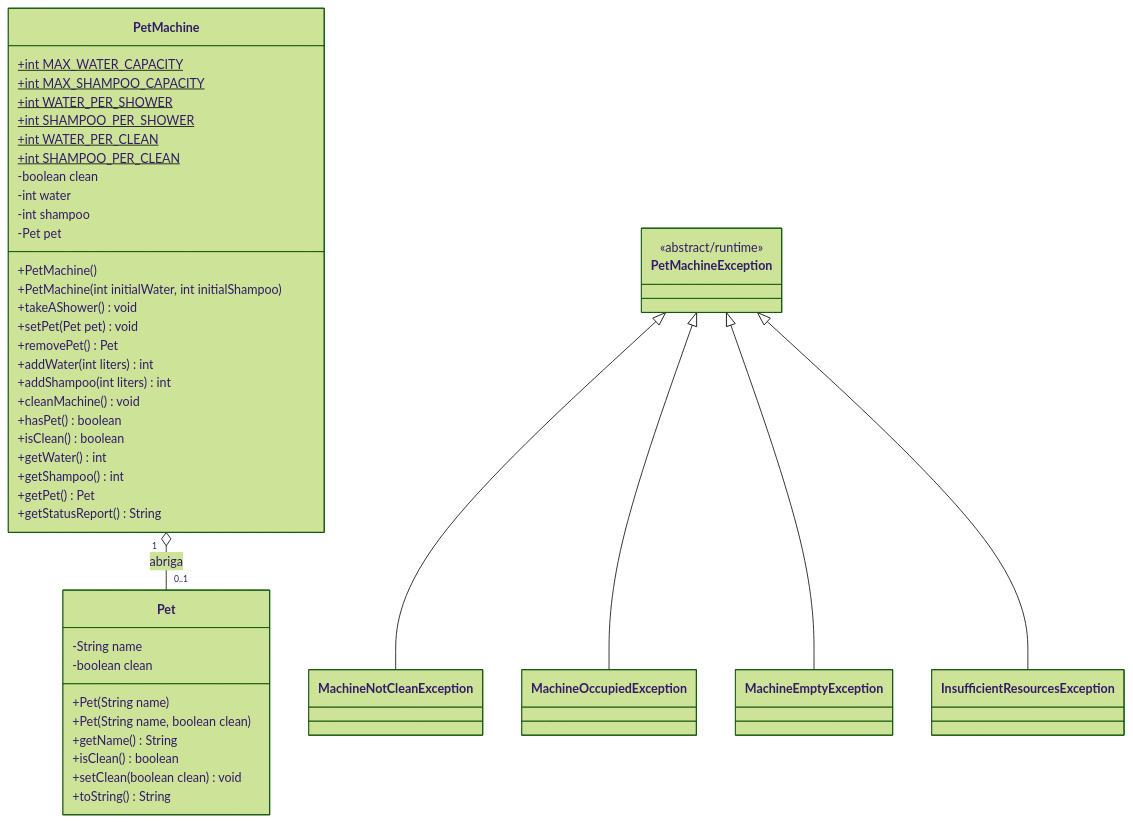
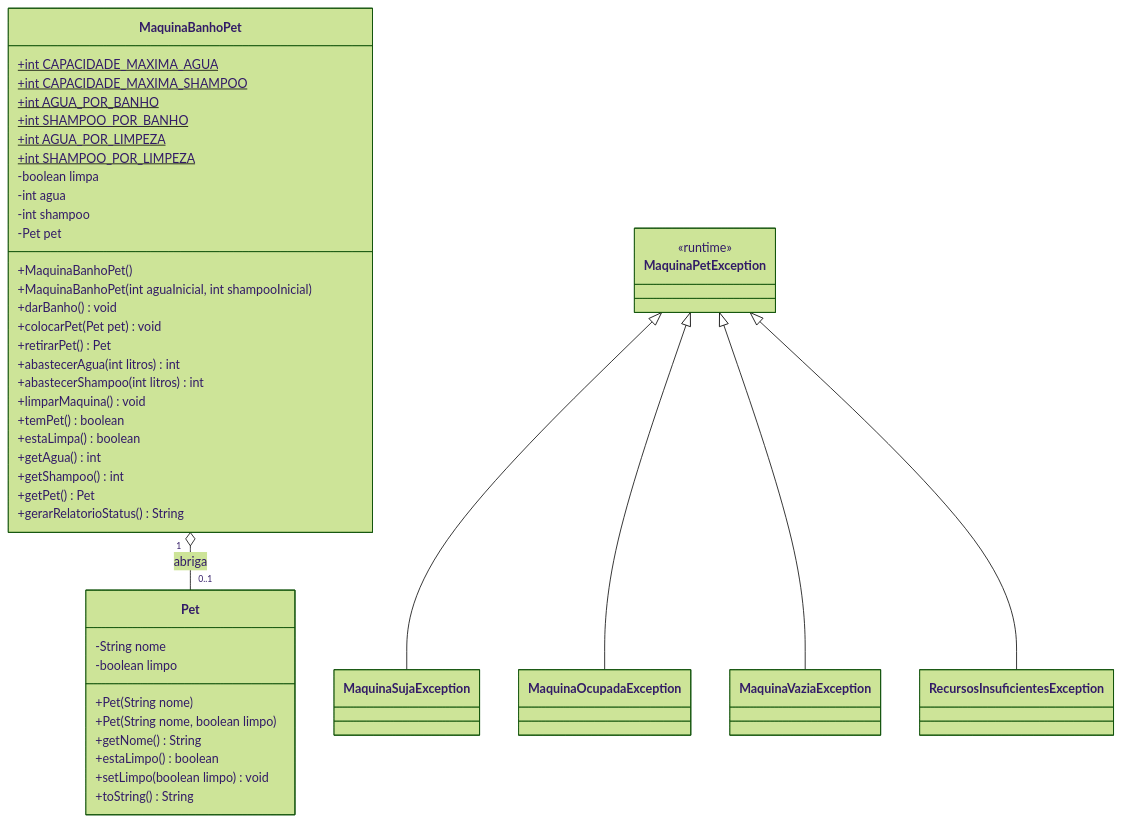
Before and after one commit to rngolima/pet-machine-simulator: the diagram in README.md, drawn with Mermaid (forest theme). The commit also changed other lines of this file and 18 other files, not shown here.

````diff
--- a/README.md
+++ b/README.md
@@ -40,56 +40,56 @@
 ```mermaid
 classDiagram
     class Pet {
-        -String name
-        -boolean clean
-        +Pet(String name)
-        +Pet(String name, boolean clean)
-        +getName() String
-        +isClean() boolean
-        +setClean(boolean clean) void
+        -String nome
+        -boolean limpo
+        +Pet(String nome)
+        +Pet(String nome, boolean limpo)
+        +getNome() String
+        +estaLimpo() boolean
+        +setLimpo(boolean limpo) void
         +toString() String
     }
 
-    class PetMachine {
-        +int MAX_WATER_CAPACITY$
-        +int MAX_SHAMPOO_CAPACITY$
-        +int WATER_PER_SHOWER$
-        +int SHAMPOO_PER_SHOWER$
-        +int WATER_PER_CLEAN$
-        +int SHAMPOO_PER_CLEAN$
-        -boolean clean
-        -int water
+    class MaquinaBanhoPet {
+        +int CAPACIDADE_MAXIMA_AGUA$
+        +int CAPACIDADE_MAXIMA_SHAMPOO$
+        +int AGUA_POR_BANHO$
+        +int SHAMPOO_POR_BANHO$
+        +int AGUA_POR_LIMPEZA$
+        +int SHAMPOO_POR_LIMPEZA$
+        -boolean limpa
+        -int agua
         -int shampoo
         -Pet pet
-        +PetMachine()
-        +PetMachine(int initialWater, int initialShampoo)
-        +takeAShower() void
-        +setPet(Pet pet) void
-        +removePet() Pet
-        +addWater(int liters) int
-        +addShampoo(int liters) int
-        +cleanMachine() void
-        +hasPet() boolean
-        +isClean() boolean
-        +getWater() int
+        +MaquinaBanhoPet()
+        +MaquinaBanhoPet(int aguaInicial, int shampooInicial)
+        +darBanho() void
+        +colocarPet(Pet pet) void
+        +retirarPet() Pet
+        +abastecerAgua(int litros) int
+        +abastecerShampoo(int litros) int
+        +limparMaquina() void
+        +temPet() boolean
+        +estaLimpa() boolean
+        +getAgua() int
         +getShampoo() int
         +getPet() Pet
-        +getStatusReport() String
+        +gerarRelatorioStatus() String
     }
 
-    class PetMachineException {
-        <<abstract/runtime>>
+    class MaquinaPetException {
+        <<runtime>>
     }
 
-    class MachineNotCleanException
-    class MachineOccupiedException
-    class MachineEmptyException
-    class InsufficientResourcesException
+    class MaquinaSujaException
+    class MaquinaOcupadaException
+    class MaquinaVaziaException
+    class RecursosInsuficientesException
 
-    PetMachineException <|-- MachineNotCleanException
-    PetMachineException <|-- MachineOccupiedException
-    PetMachineException <|-- MachineEmptyException
-    PetMachineException <|-- InsufficientResourcesException
+    MaquinaPetException <|-- MaquinaSujaException
+    MaquinaPetException <|-- MaquinaOcupadaException
+    MaquinaPetException <|-- MaquinaVaziaException
+    MaquinaPetException <|-- RecursosInsuficientesException
 
-    PetMachine "1" o-- "0..1" Pet : abriga
+    MaquinaBanhoPet "1" o-- "0..1" Pet : abriga
 ```
````
